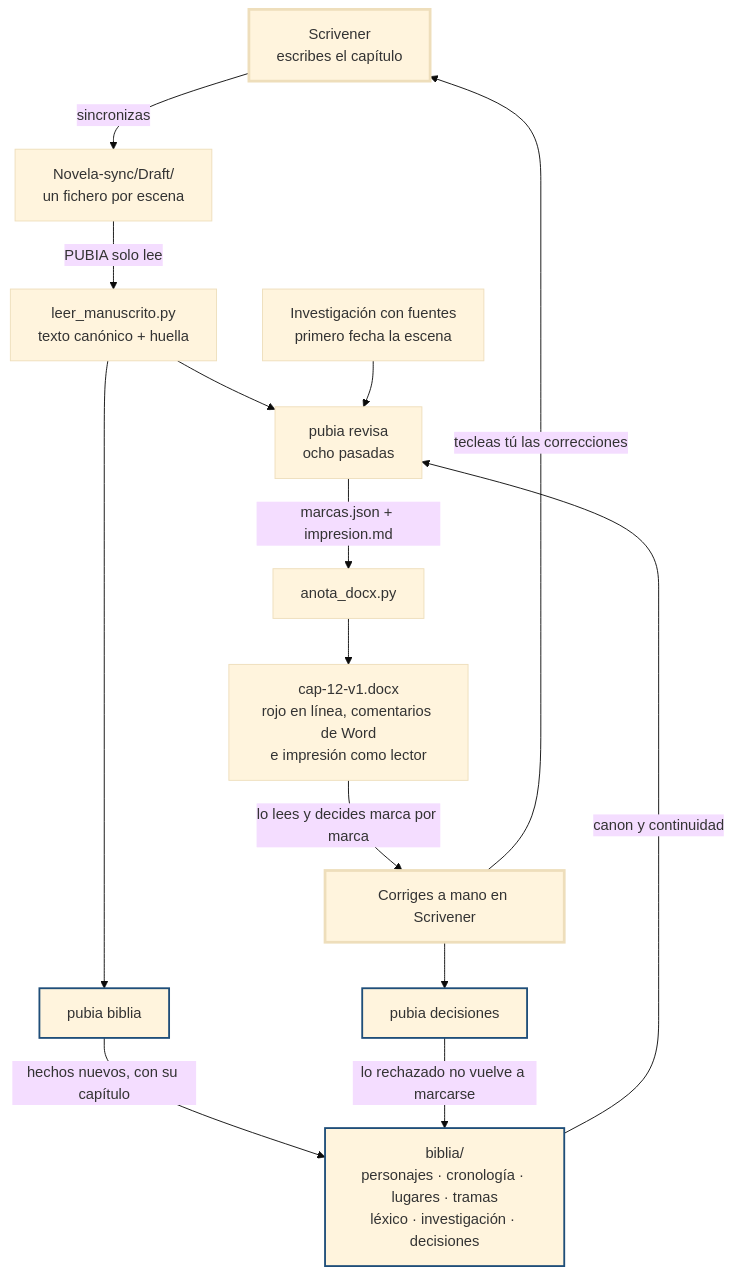
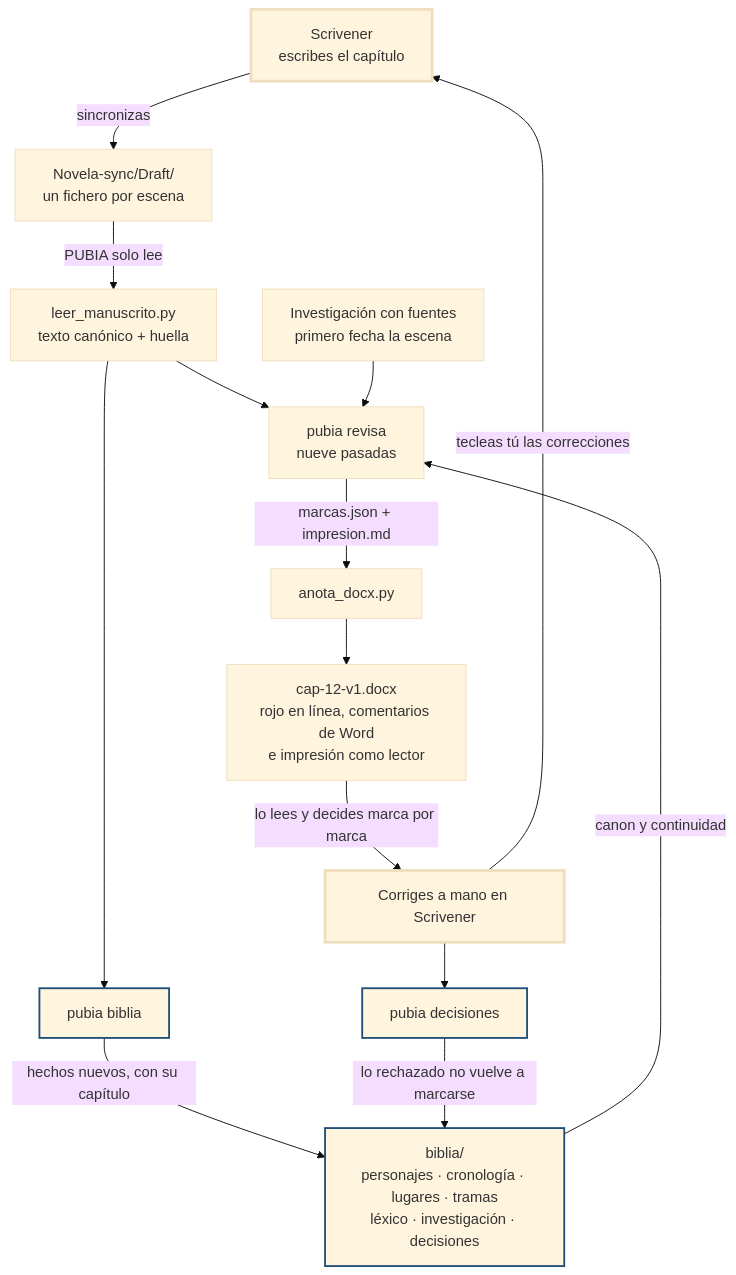
Before and after one commit to grananda/pubia: the diagram in README.md, drawn with Mermaid (base theme). The commit also changed other lines of this file and 12 other files, not shown here.

````diff
--- a/README.md
+++ b/README.md
@@ -36,33 +38,33 @@
 ```mermaid
 flowchart TD
     S["Scrivener<br/>escribes el capítulo"]
     D["Novela-sync/Draft/<br/>un fichero por escena"]
     L["leer_manuscrito.py<br/>texto canónico + huella"]
-    R["pubia revisa<br/>ocho pasadas"]
+    R["pubia revisa<br/>nueve pasadas"]
     I["Investigación con fuentes<br/>primero fecha la escena"]
     A["anota_docx.py"]
     X["cap-12-v1.docx<br/>rojo en línea, comentarios de Word<br/>e impresión como lector"]
     C["Corriges a mano en Scrivener"]
     BI["pubia biblia"]
     B["biblia/<br/>personajes · cronología · lugares · tramas<br/>léxico · investigación · decisiones"]
     DE["pubia decisiones"]
 
     S -->|"sincronizas"| D
     D -->|"PUBIA solo lee"| L
     L --> R
     L --> BI
     BI -->|"hechos nuevos, con su capítulo"| B
     B -->|"canon y continuidad"| R
     I --> R
     R -->|"marcas.json + impresion.md"| A
     A --> X
     X -->|"lo lees y decides marca por marca"| C
     C -->|"tecleas tú las correcciones"| S
     C --> DE
     DE -->|"lo rechazado no vuelve a marcarse"| B
 
     classDef tuyo stroke-width:3px
     classDef memoria stroke:#1F4E79,stroke-width:2px
     class S,C tuyo
     class B,BI,DE memoria
 ```
````
